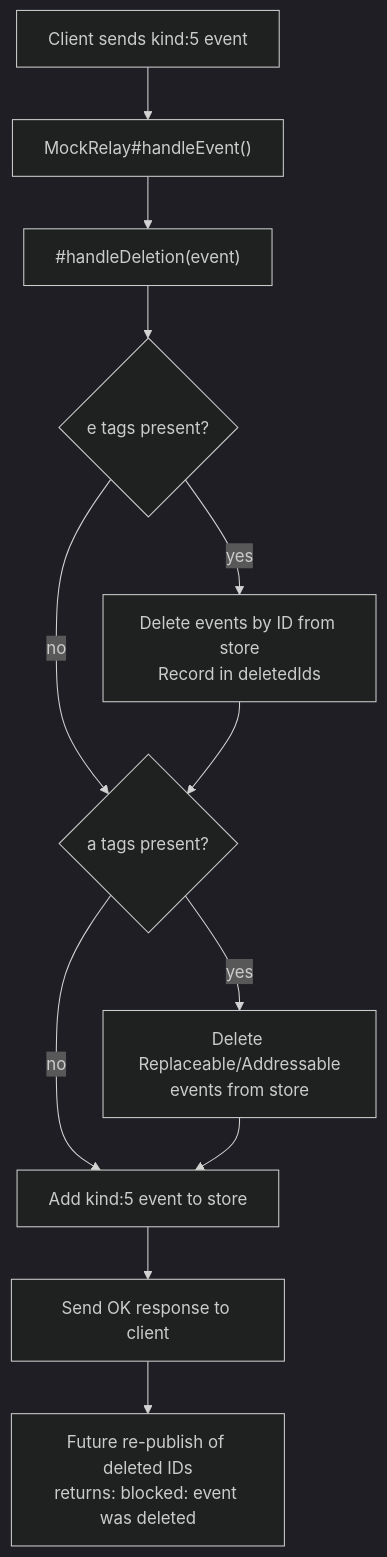
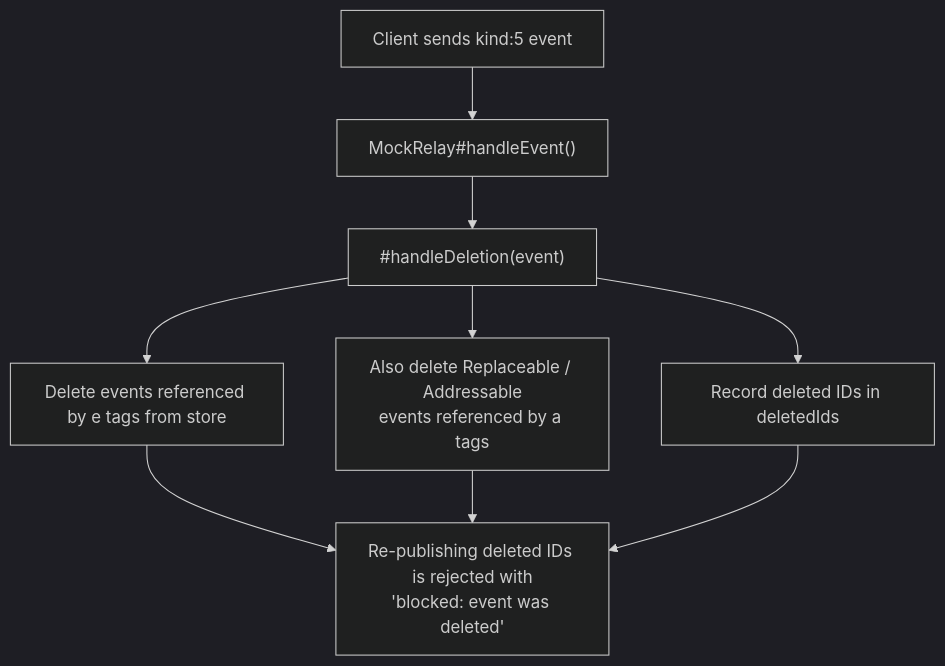
One commit to ikuradon/tsunagiya changed diagram 12 of 15 in docs/en/reference/architecture.md. Above: the diagram before and after it, drawn with Mermaid (dark theme). The commit also changed other lines of this file and 12 other files, not shown here.

First line of the commit message:
fix: architecture.md の日英齟齬を解消し未使用ファイルを削除

````diff
--- a/docs/en/reference/architecture.md
+++ b/docs/en/reference/architecture.md
@@ -397,14 +375,11 @@
 ```mermaid
 flowchart TD
-    CLIENT["Client sends kind:5 event"] --> HE["MockRelay#handleEvent()"]
+    Start["Client sends kind:5 event"] --> HE["MockRelay#handleEvent()"]
     HE --> HD["#handleDeletion(event)"]
-    HD --> ETAG{"e tags present?"}
-    ETAG -->|yes| DELID["Delete events by ID from store\nRecord in deletedIds"]
-    ETAG -->|no| ATAG{"a tags present?"}
-    DELID --> ATAG
-    ATAG -->|yes| DELADR["Delete Replaceable/Addressable\nevents from store"]
-    ATAG -->|no| ADDST["Add kind:5 event to store"]
-    DELADR --> ADDST
-    ADDST --> OK["Send OK response to client"]
-    OK --> BLOCK["Future re-publish of deleted IDs\nreturns: blocked: event was deleted"]
+    HD --> ETag["Delete events referenced by e tags from store"]
+    HD --> ATag["Also delete Replaceable / Addressable\nevents referenced by a tags"]
+    HD --> Record["Record deleted IDs in deletedIds"]
+    ETag --> Block["Re-publishing deleted IDs is rejected with\n'blocked: event was deleted'"]
+    ATag --> Block
+    Record --> Block
 ```
````
